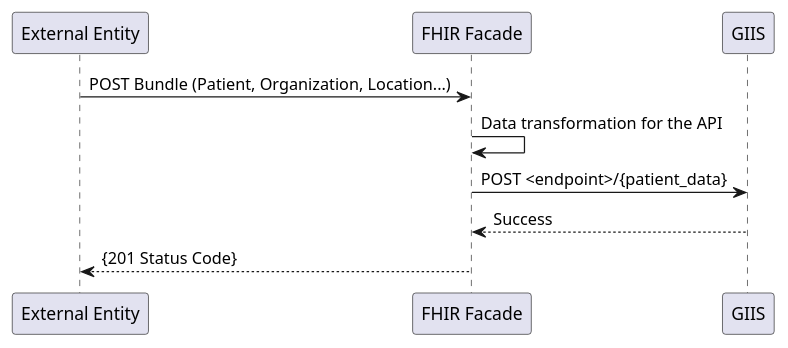
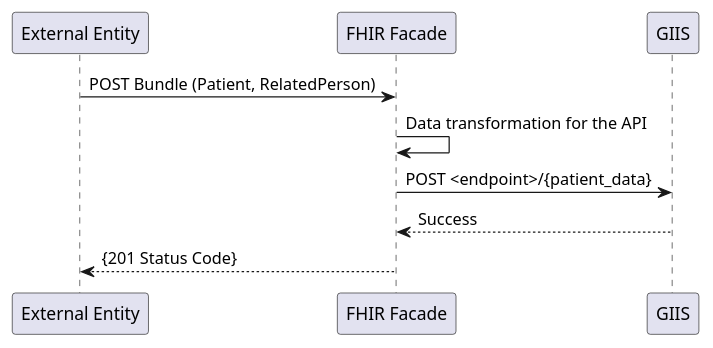
Before and after one commit to cens-chile/giis_fhir_IG: the diagram in input/images-source/register-patient.plantuml, drawn with PlantUML. The commit also changed 9 other files, not shown here.

```diff
--- a/input/images-source/register-patient.plantuml
+++ b/input/images-source/register-patient.plantuml
@@ -1,13 +1,13 @@
 @startuml register-patient
 
 Participant "External Entity"  as ExternalEntity
 Participant "FHIR Facade"  as FHIRFacade
 Participant "GIIS"  as GIIS
 
-ExternalEntity -> FHIRFacade: POST Bundle (Patient, Organization, Location...) 
+ExternalEntity -> FHIRFacade: POST Bundle (Patient, RelatedPerson) 
 FHIRFacade -> FHIRFacade: Data transformation for the API 
 FHIRFacade -> GIIS: POST <endpoint>/{patient_data}
 GIIS --> FHIRFacade: Success
 FHIRFacade --> ExternalEntity: {201 Status Code}
 
 @enduml
```
